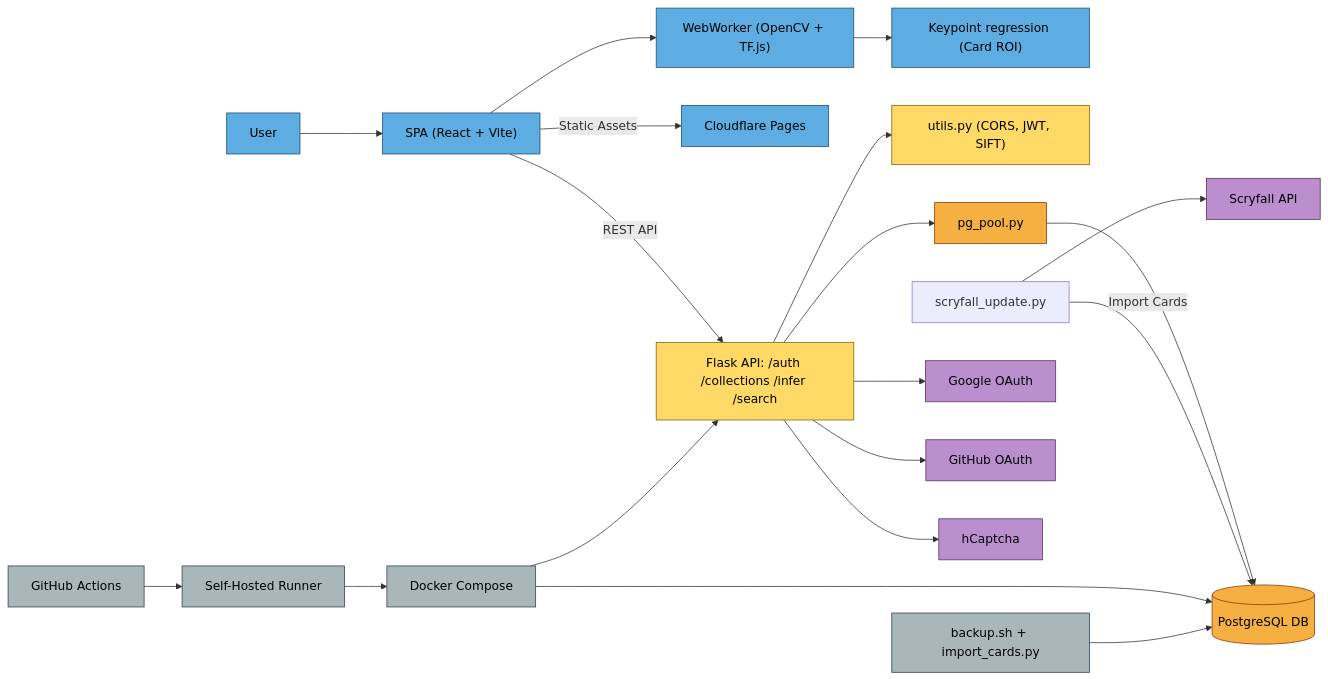
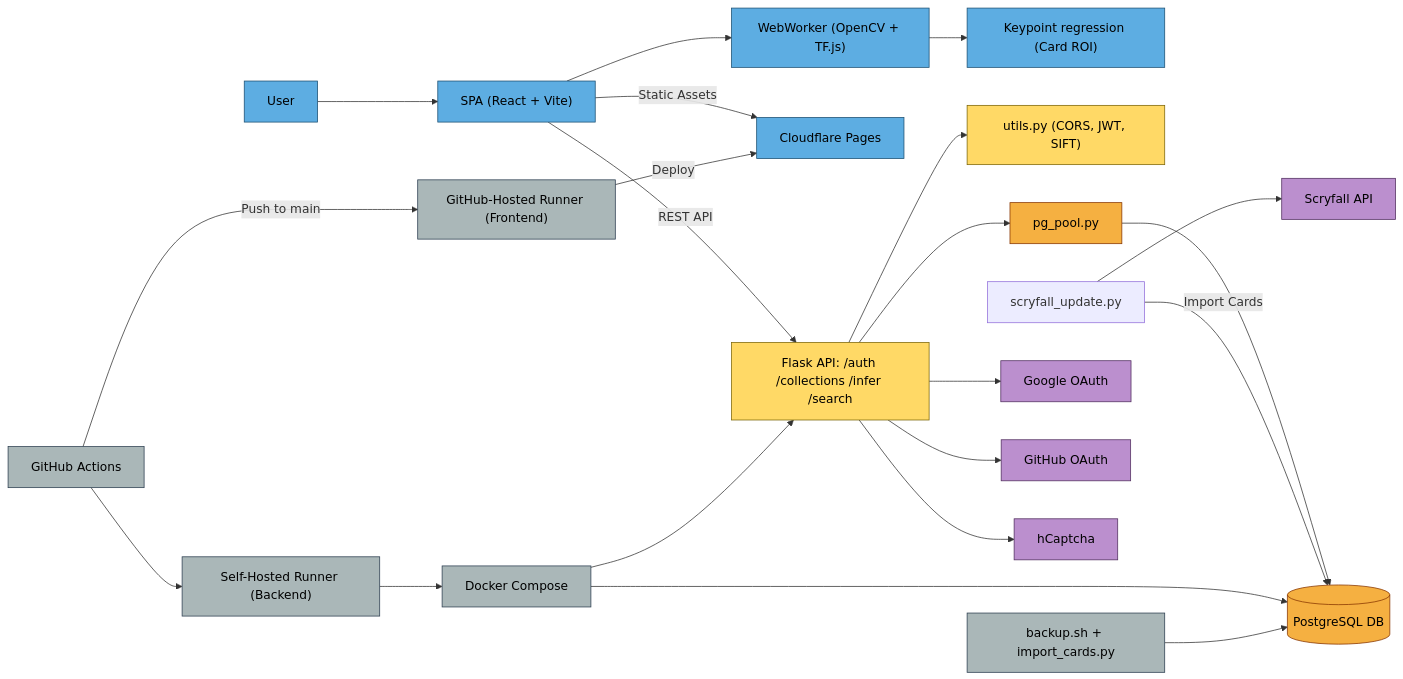
The diagram in DesignDocument.md (mtgscan-cards/monolithic), drawn with Mermaid before and after one commit. The commit also changed other lines of this file, not shown here.

````diff
--- a/DesignDocument.md
+++ b/DesignDocument.md
@@ -151,65 +179,67 @@
 ```mermaid
 graph LR
 
 %% === CLIENT (LEFT) ===
 User["User"]
 SPA["SPA (React + Vite)"]
 Worker["WebWorker (OpenCV + TF.js)"]
 Model["Keypoint regression (Card ROI)"]
 FrontendHost["Cloudflare Pages"]
 
 User --> SPA --> Worker --> Model
 SPA -->|Static Assets| FrontendHost
 
 %% === BACKEND API ===
 API["Flask API: /auth /collections /infer /search"]
 Utils["utils.py (CORS, JWT, SIFT)"]
 API --> Utils
 
 SPA -->|REST API| API
 
 %% === DATABASE ===
 PG[(PostgreSQL DB)]
 Pool["pg_pool.py"]
 API --> Pool --> PG
 
 %% === BACKGROUND JOB ===
 ScryfallJob["scryfall_update.py"]
 ScryfallJob -->|Import Cards| PG
 
 %% === EXTERNAL ===
 OAuthGoogle["Google OAuth"]
 OAuthGitHub["GitHub OAuth"]
 hCaptcha["hCaptcha"]
 Scryfall["Scryfall API"]
 
 API --> OAuthGoogle
 API --> OAuthGitHub
 API --> hCaptcha
 ScryfallJob --> Scryfall
 
 %% === CI/CD + INFRA (RIGHT) ===
 CI["GitHub Actions"]
-Runner["Self-Hosted Runner"]
+Runner["Self-Hosted Runner (Backend)"]
+RunnerCF["GitHub-Hosted Runner (Frontend)"]
 Compose["Docker Compose"]
 Maint["backup.sh + import_cards.py"]
 
 CI --> Runner --> Compose
+CI -->|Push to main| RunnerCF -->|Deploy| FrontendHost
 Compose --> API
 Compose --> PG
 Maint --> PG
 
 %% === STYLES ===
 classDef client fill:#5dade2,stroke:#1b4f72,color:#000;
 classDef backend fill:#ffd966,stroke:#7d6608,color:#000;
 classDef db fill:#f5b041,stroke:#873600,color:#000;
 classDef external fill:#bb8fce,stroke:#512e5f,color:#000;
 classDef infra fill:#aab7b8,stroke:#2c3e50,color:#000;
 classDef frontend fill:#58d68d,stroke:#145a32,color:#000;
 
 class User,SPA,Worker,Model,FrontendHost client;
 class API,Utils backend;
 class Pool,PG db;
 class OAuthGoogle,OAuthGitHub,hCaptcha,Scryfall external;
-class CI,Runner,Compose,Maint infra;
+class CI,Runner,RunnerCF,Compose,Maint infra;
 ```
````
